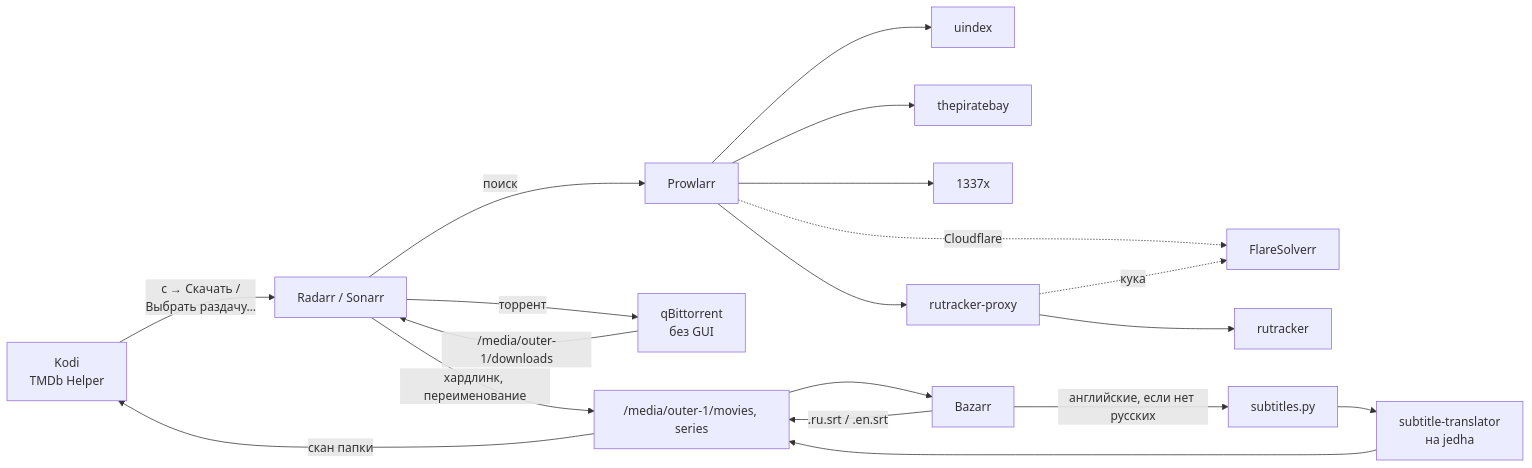
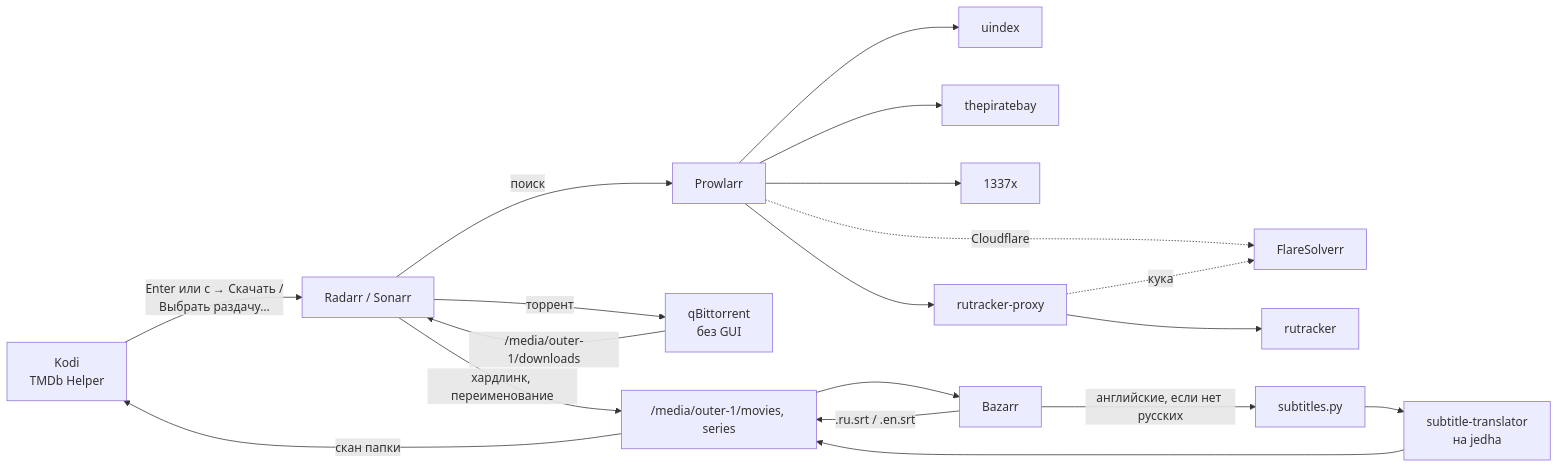
The diagram in nixos/services/arr/movie pipe.md (Luvrok/dotfiles), drawn with Mermaid before and after one commit. The commit also changed other lines of this file and 9 other files, not shown here.

First line of the commit message:
feat(kodi): movie pipe as tmdb helper's players, psp sounds out

````diff
--- a/nixos/services/arr/movie pipe.md
+++ b/nixos/services/arr/movie pipe.md
@@ -9,16 +9,16 @@
 ```mermaid
 flowchart LR
-  K[Kodi<br>TMDb Helper] -- "c → Скачать /<br>Выбрать раздачу…" --> R[Radarr / Sonarr]
+  K[Kodi<br>TMDb Helper] -- "Enter или c → Скачать /<br>Выбрать раздачу…" --> R[Radarr / Sonarr]
   R -- поиск --> P[Prowlarr]
   P --> T2[uindex] & T3[thepiratebay] & T4[1337x]
   P -. Cloudflare .-> F[FlareSolverr]
   P --> RP[rutracker-proxy] --> T1[rutracker]
   RP -. кука .-> F
   R -- торрент --> Q[qBittorrent<br>без GUI]
   Q -- "/media/outer-1/downloads" --> R
   R -- "хардлинк, переименование" --> L["/media/outer-1/movies, series"]
   L --> B[Bazarr]
   B -- ".ru.srt / .en.srt" --> L
   B -- "английские, если нет русских" --> S[subtitles.py] --> J[subtitle-translator<br>на jedha] --> L
   L -- "скан папки" --> K
 ```
````
